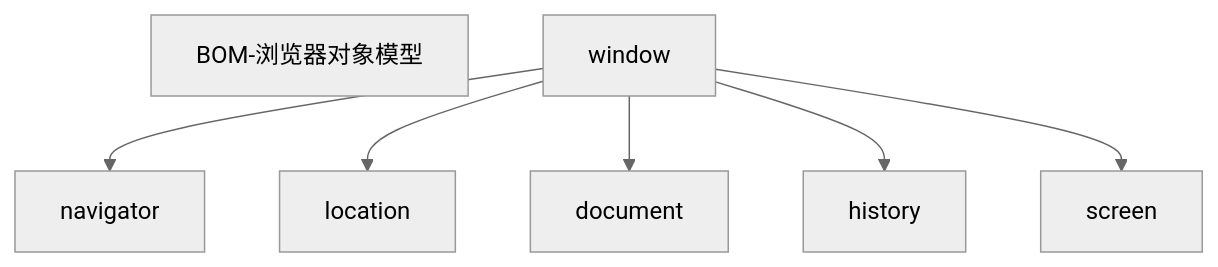
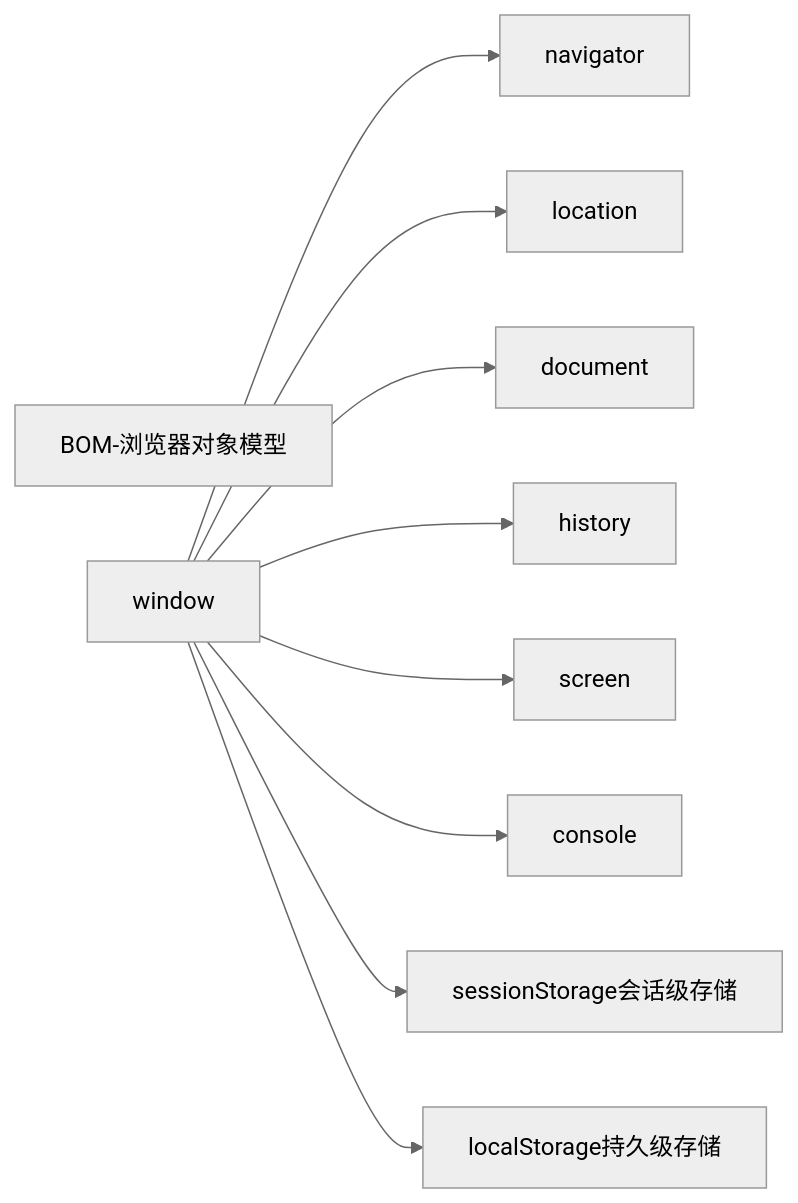
Before and after one commit to 112312331142/note-book-all: the diagram in Font end/JS/JavaScript-2-WEB APIs.md, drawn with Mermaid (neutral theme). The commit also changed other lines of this file and 398 other files, not shown here.

````diff
--- a/Font end/JS/JavaScript-2-WEB APIs.md
+++ b/Font end/JS/JavaScript-2-WEB APIs.md
@@ -863,9 +879,12 @@
 ```mermaid
-graph TB
+graph LR
 BOM-浏览器对象模型
 window-->navigator
 window-->location
 window-->document
 window-->history
 window-->screen
+window-->console
+window-->sessionStorage会话级存储
+window-->localStorage持久级存储
 ```
````
